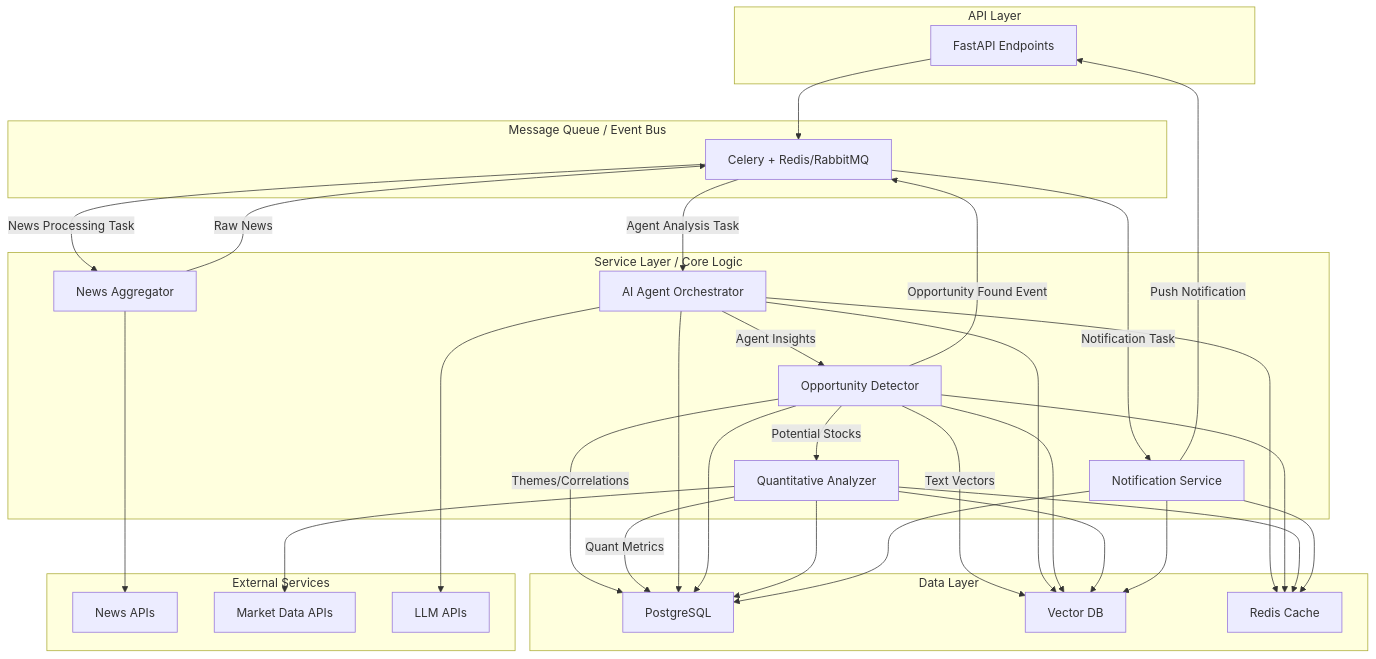
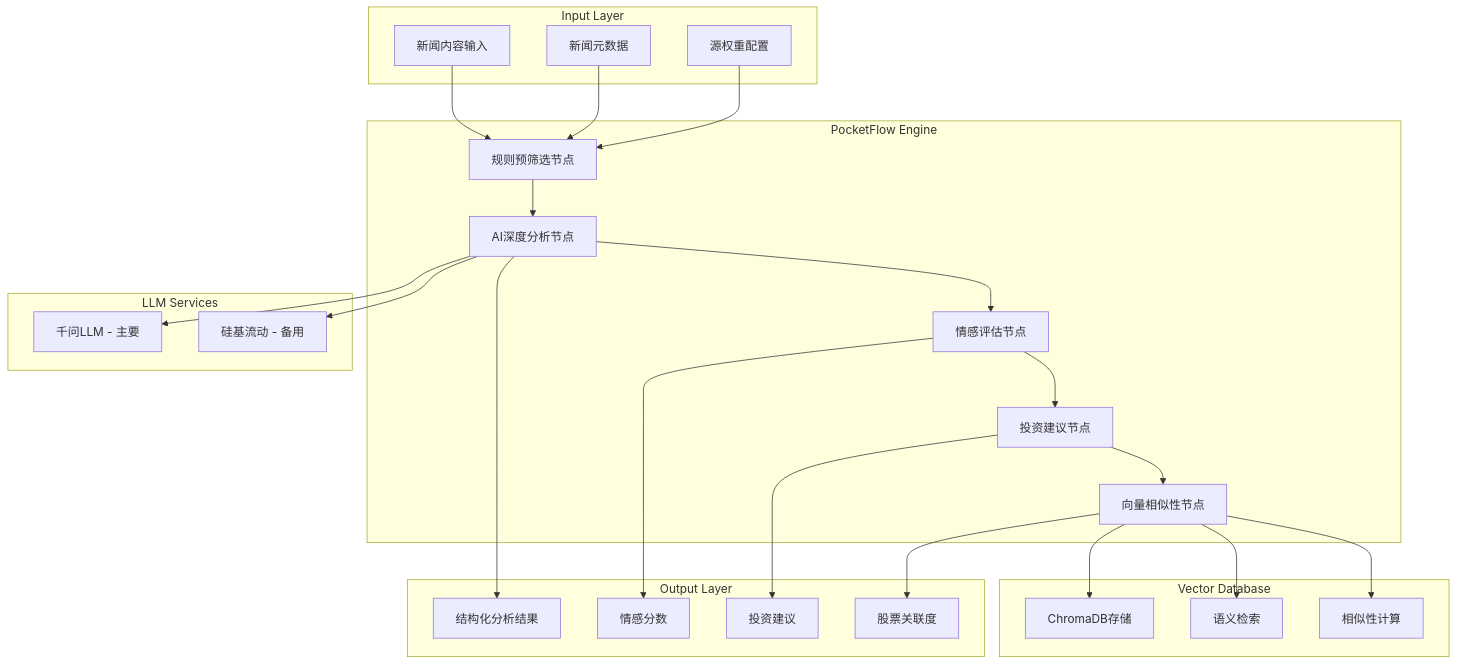
The fourth of 4 diagrams in memory-bank/systemPatterns.md (Xposl/stock-filter-py), drawn with Mermaid before and after one commit. The commit also changed other lines of this file and 12 other files, not shown here.

````diff
--- a/memory-bank/systemPatterns.md
+++ b/memory-bank/systemPatterns.md
@@ -9,41 +276,55 @@
 ```mermaid
 graph TD
-    subgraph API Layer
-        A1[FastAPI Endpoints]
+    subgraph Input Layer
+        A1[新闻内容输入]
+        A2[新闻元数据]
+        A3[源权重配置]
     end
-    subgraph Service Layer / Core Logic
-        B1[News Aggregator]
-        B2[AI Agent Orchestrator]
-        B3[Opportunity Detector]
-        B4[Quantitative Analyzer]
-        B5[Notification Service]
+    
+    subgraph PocketFlow Engine
+        B1[规则预筛选节点]
+        B2[AI深度分析节点]
+        B3[情感评估节点]
+        B4[投资建议节点]
+        B5[向量相似性节点]
     end
-    subgraph Data Layer
-        C1[PostgreSQL]
-        C2[Vector DB]
-        C3[Redis Cache]
+    
+    subgraph LLM Services
+        C1[千问LLM - 主要]
+        C2[硅基流动 - 备用]
     end
-    subgraph External Services
-        D1[News APIs]
-        D2[Market Data APIs]
-        D3[LLM APIs]
+    
+    subgraph Vector Database
+        D1[ChromaDB存储]
+        D2[语义检索]
+        D3[相似性计算]
     end
-    subgraph Message Queue / Event Bus
-        MQ[Celery + Redis/RabbitMQ]
+    
+    subgraph Output Layer
+        E1[结构化分析结果]
+        E2[情感分数]
+        E3[投资建议]
+        E4[股票关联度]
     end
 
-    A1 --> MQ -- News Processing Task --> B1
-    B1 -- Raw News --> MQ -- Agent Analysis Task --> B2
-    B2 -- Agent Insights --> B3
-    B2 --> D3
-    B3 -- Potential Stocks --> B4
-    B3 -- Themes/Correlations --> C1
-    B3 -- Text Vectors --> C2
-    B4 -- Quant Metrics --> C1
-    B3 -- Opportunity Found Event --> MQ -- Notification Task --> B5
-    B5 -- Push Notification --> A1
-
-    B1 --> D1
-    B4 --> D2
-    B2 & B3 & B4 & B5 --> C1 & C2 & C3
+    A1 --> B1
+    A2 --> B1
+    A3 --> B1
+    
+    B1 --> B2
+    B2 --> B3
+    B3 --> B4
+    B4 --> B5
+    
+    B2 --> C1
+    B2 --> C2
+    
+    B5 --> D1
+    B5 --> D2
+    B5 --> D3
+    
+    B2 --> E1
+    B3 --> E2
+    B4 --> E3
+    B5 --> E4
 ```
````
